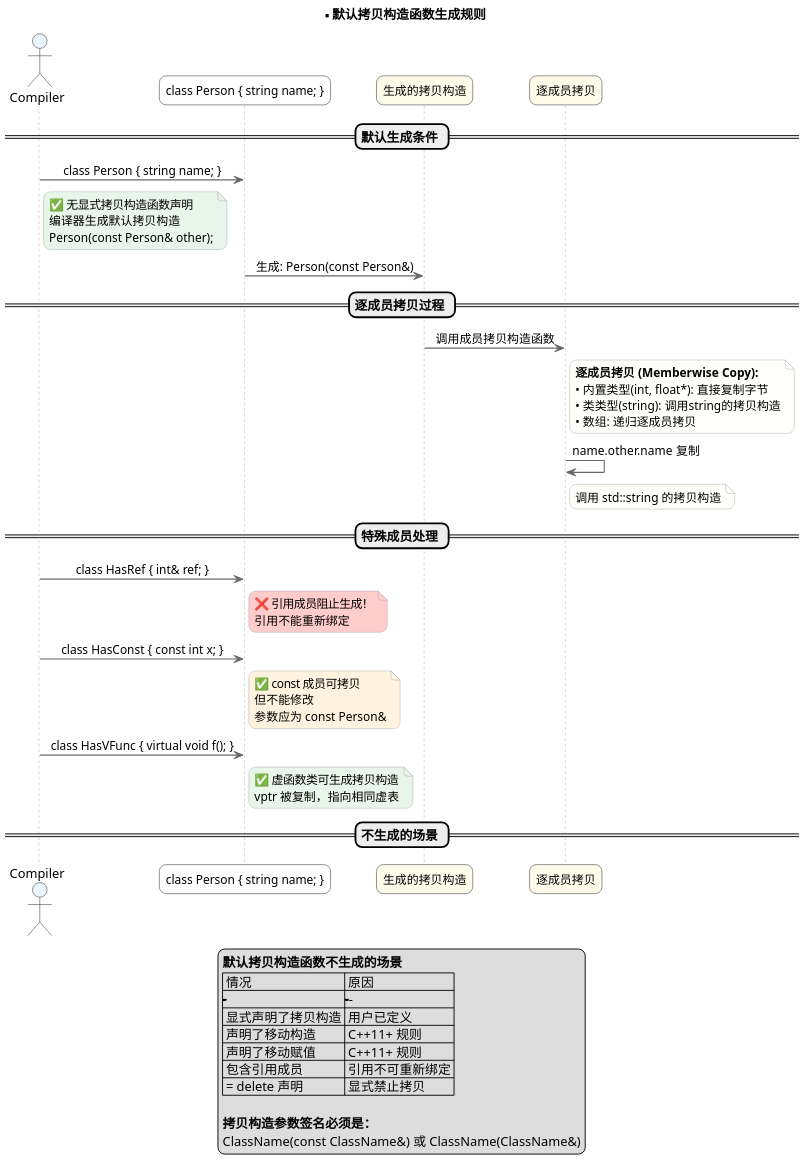
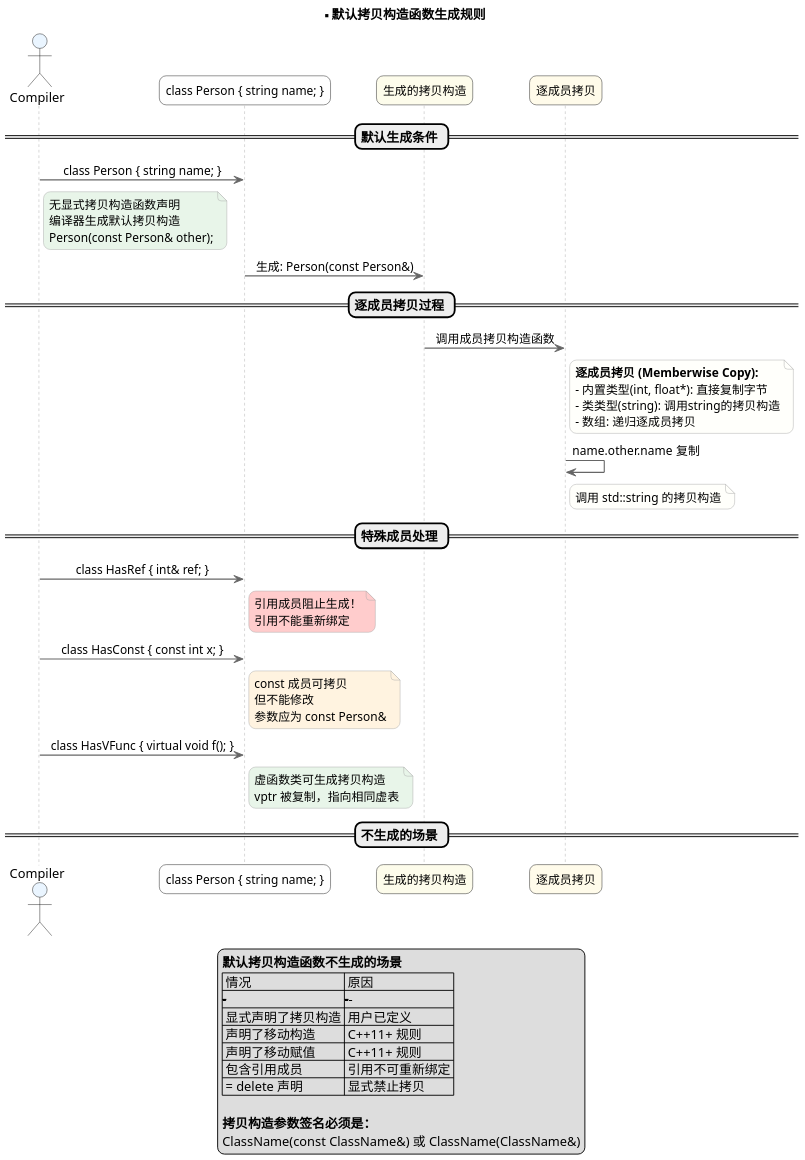
The third of 8 diagrams in dist/articles/zh/cpp-language-fundamentals.md (wudcx/wudcx.github.io), drawn with PlantUML before and after one commit. The commit also changed other lines of this file and 6 other files, not shown here.

```diff
--- a/dist/articles/zh/cpp-language-fundamentals.md
+++ b/dist/articles/zh/cpp-language-fundamentals.md
@@ -672,7 +282,7 @@
 
 C -> P : class Person { string name; }
 note right of C #E8F5E9
-  ✅ 无显式拷贝构造函数声明
+  无显式拷贝构造函数声明
   编译器生成默认拷贝构造
   Person(const Person& other);
 end note
@@ -684,9 +294,9 @@
 CC -> MW : 调用成员拷贝构造函数
 note right of MW
   **逐成员拷贝 (Memberwise Copy):**
-  • 内置类型(int, float*): 直接复制字节
-  • 类类型(string): 调用string的拷贝构造
-  • 数组: 递归逐成员拷贝
+  - 内置类型(int, float*): 直接复制字节
+  - 类类型(string): 调用string的拷贝构造
+  - 数组: 递归逐成员拷贝
 end note
 
 MW -> MW : name.other.name 复制
@@ -698,20 +308,20 @@
 
 C -> P : class HasRef { int& ref; }
 note right of P #FFCCCC
-  ❌ 引用成员阻止生成！
+  引用成员阻止生成！
   引用不能重新绑定
 end note
 
 C -> P : class HasConst { const int x; }
 note right of P #FFF3E0
-  ✅ const 成员可拷贝
+  const 成员可拷贝
   但不能修改
   参数应为 const Person&
 end note
 
 C -> P : class HasVFunc { virtual void f(); }
 note right of P #E8F5E9
-  ✅ 虚函数类可生成拷贝构造
+  虚函数类可生成拷贝构造
   vptr 被复制，指向相同虚表
 end note
 
```
